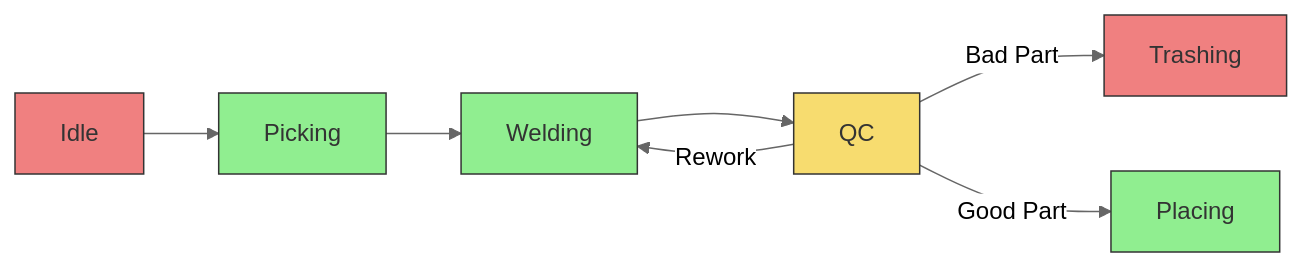
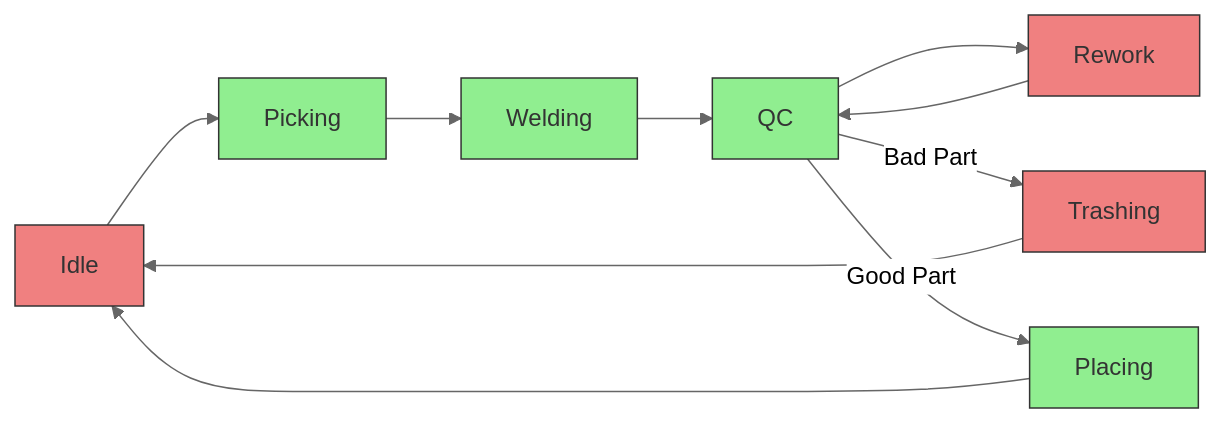
One commit to claret-srl/ROMANTIG changed the diagram in README.md. Above: the diagram before and after it, drawn with Mermaid (neutral theme).

````diff
--- a/README.md
+++ b/README.md
@@ -66,15 +66,14 @@
 ```mermaid
 flowchart LR
     Idle --> Picking --> Welding --> QC
-    QC -- Rework --> Welding
-    QC -- Bad Part --> Trashing
-    QC -- Good Part --> Placing
+    QC --> Rework --> QC
+    QC -- Bad Part --> Trashing --> Idle
+    QC -- Good Part --> Placing --> Idle
 
 classDef upTime fill:lightgreen,stroke:#333,color:#333
 classDef downTime fill:LightCoral,stroke:#333,color:#333
 classDef upDownTime fill:#f7dc6f,stroke:#333,color:#333
 
-class Picking,Welding,Placing upTime
-class Idle,Trashing,Rework downTime
-class QC upDownTime
+class Picking,Placing,QC,Welding,upTime upTime
+class Idle,Trashing,Rework,QC_Rework,downTime downTime
 ```
````
